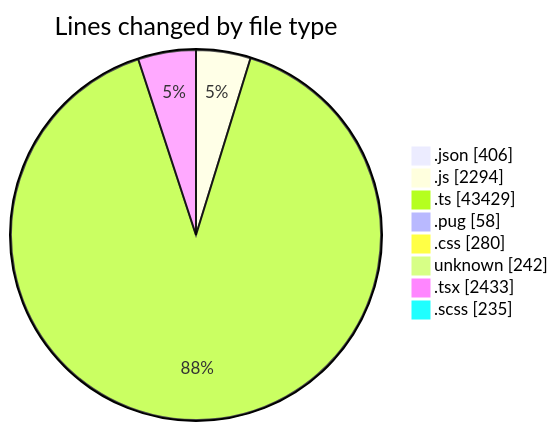
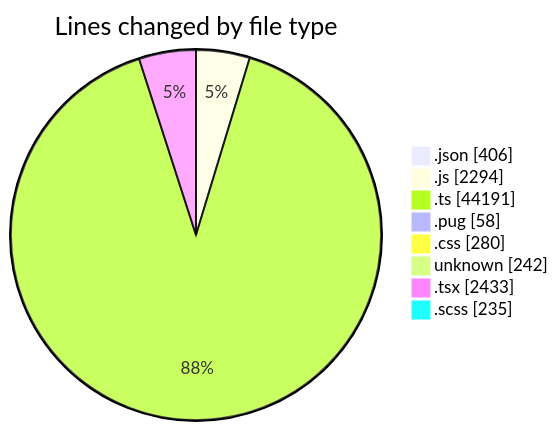
One commit to momahboobian/code-tracking changed the first of 2 diagrams in 2026-06-02/cda/README.md. Above: the diagram before and after it, drawn with Mermaid. The commit also changed other lines of this file and 1 other file, not shown here.

````diff
--- a/2026-06-02/cda/README.md
+++ b/2026-06-02/cda/README.md
@@ -69,12 +69,12 @@
 ```mermaid
 pie showData
 title Lines changed by file type
 ".json" : 406
 ".js" : 2294
-".ts" : 43429
+".ts" : 44191
 ".pug" : 58
 ".css" : 280
 "unknown" : 242
 ".tsx" : 2433
 ".scss" : 235
 ```
````
